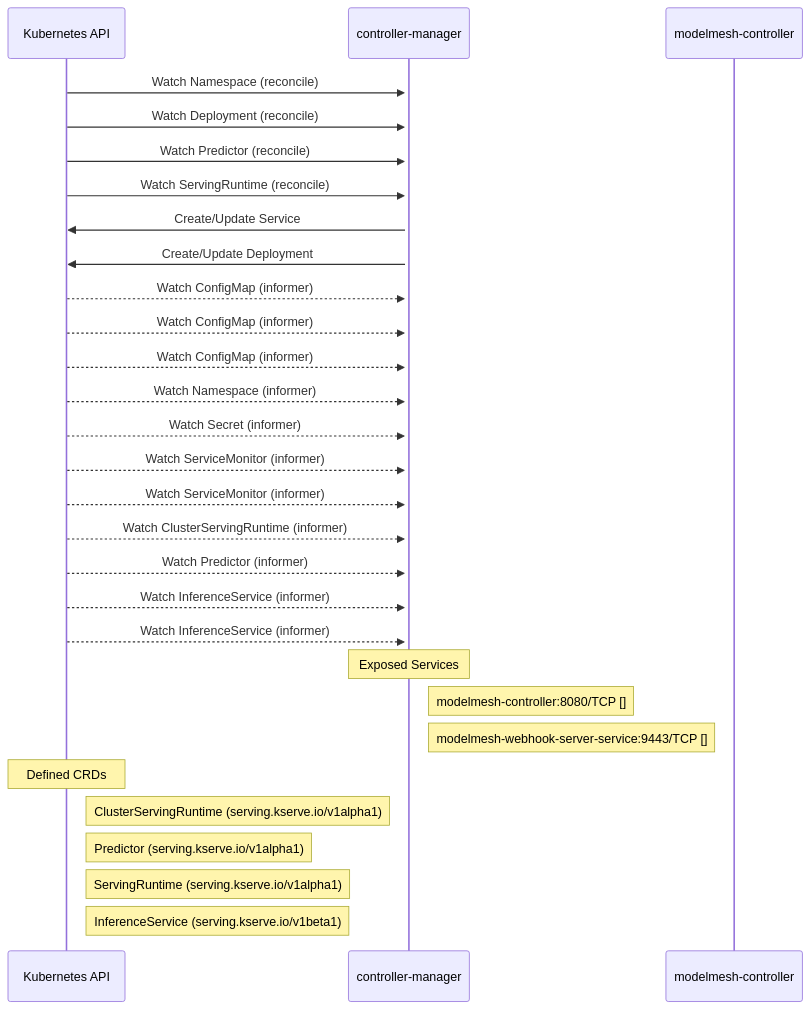
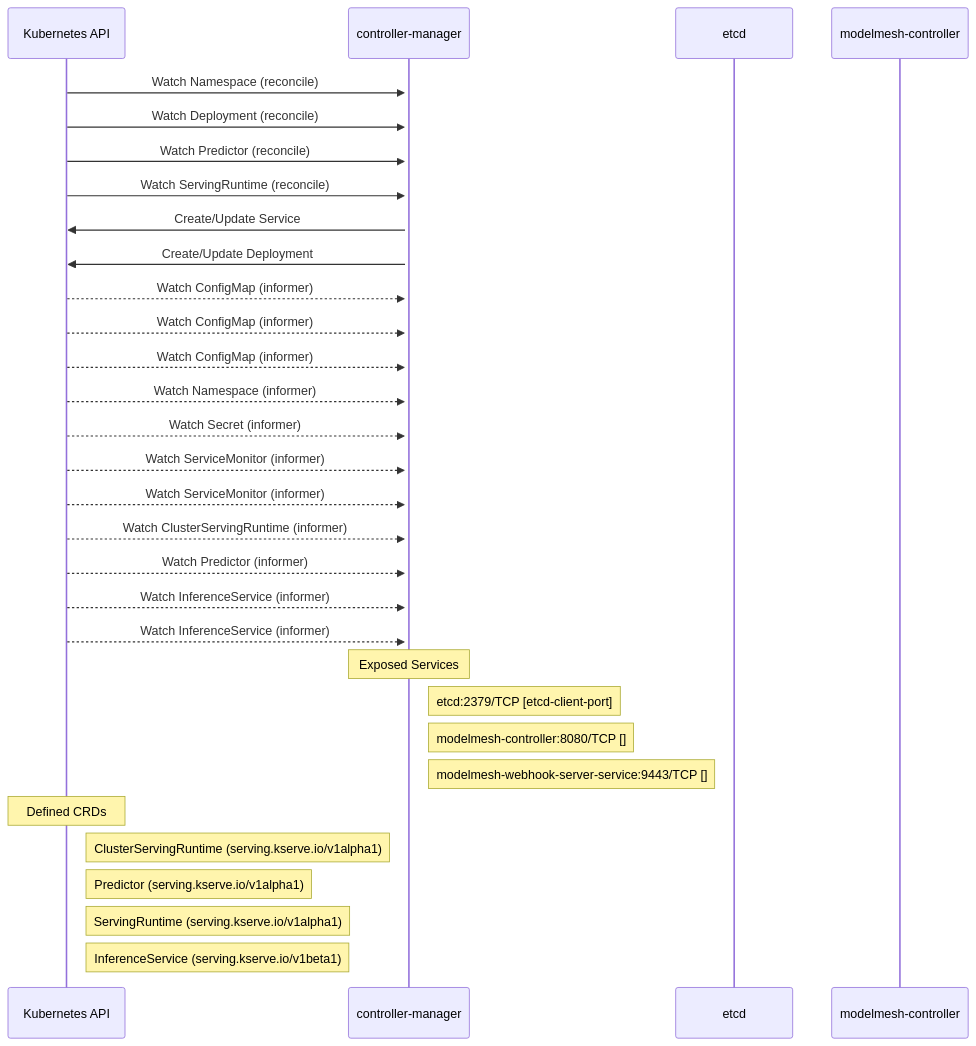
The diagram in site/docs/rhoai-platform/components/modelmesh_serving/dataflow.md (ugiordan/architecture-analyzer), drawn with Mermaid before and after one commit. The commit also changed other lines of this file and 299 other files, not shown here.

````diff
--- a/site/docs/rhoai-platform/components/modelmesh_serving/dataflow.md
+++ b/site/docs/rhoai-platform/components/modelmesh_serving/dataflow.md
@@ -31,36 +31,38 @@
 ```mermaid
 sequenceDiagram
     %% Static dataflow for modelmesh-serving
 
     participant KubernetesAPI as Kubernetes API
     participant controller_manager as controller-manager
+    participant etcd as etcd
     participant modelmesh_controller as modelmesh-controller
 
     KubernetesAPI->>+controller_manager: Watch Namespace (reconcile)
     KubernetesAPI->>+controller_manager: Watch Deployment (reconcile)
     KubernetesAPI->>+controller_manager: Watch Predictor (reconcile)
     KubernetesAPI->>+controller_manager: Watch ServingRuntime (reconcile)
     controller_manager->>KubernetesAPI: Create/Update Service
     controller_manager->>KubernetesAPI: Create/Update Deployment
     KubernetesAPI-->>+controller_manager: Watch ConfigMap (informer)
     KubernetesAPI-->>+controller_manager: Watch ConfigMap (informer)
     KubernetesAPI-->>+controller_manager: Watch ConfigMap (informer)
     KubernetesAPI-->>+controller_manager: Watch Namespace (informer)
     KubernetesAPI-->>+controller_manager: Watch Secret (informer)
     KubernetesAPI-->>+controller_manager: Watch ServiceMonitor (informer)
     KubernetesAPI-->>+controller_manager: Watch ServiceMonitor (informer)
     KubernetesAPI-->>+controller_manager: Watch ClusterServingRuntime (informer)
     KubernetesAPI-->>+controller_manager: Watch Predictor (informer)
     KubernetesAPI-->>+controller_manager: Watch InferenceService (informer)
     KubernetesAPI-->>+controller_manager: Watch InferenceService (informer)
 
     Note over controller_manager: Exposed Services
+    Note right of controller_manager: etcd:2379/TCP [etcd-client-port]
     Note right of controller_manager: modelmesh-controller:8080/TCP []
     Note right of controller_manager: modelmesh-webhook-server-service:9443/TCP []
 
     Note over KubernetesAPI: Defined CRDs
     Note right of KubernetesAPI: ClusterServingRuntime (serving.kserve.io/v1alpha1)
     Note right of KubernetesAPI: Predictor (serving.kserve.io/v1alpha1)
     Note right of KubernetesAPI: ServingRuntime (serving.kserve.io/v1alpha1)
     Note right of KubernetesAPI: InferenceService (serving.kserve.io/v1beta1)
 ```
````
